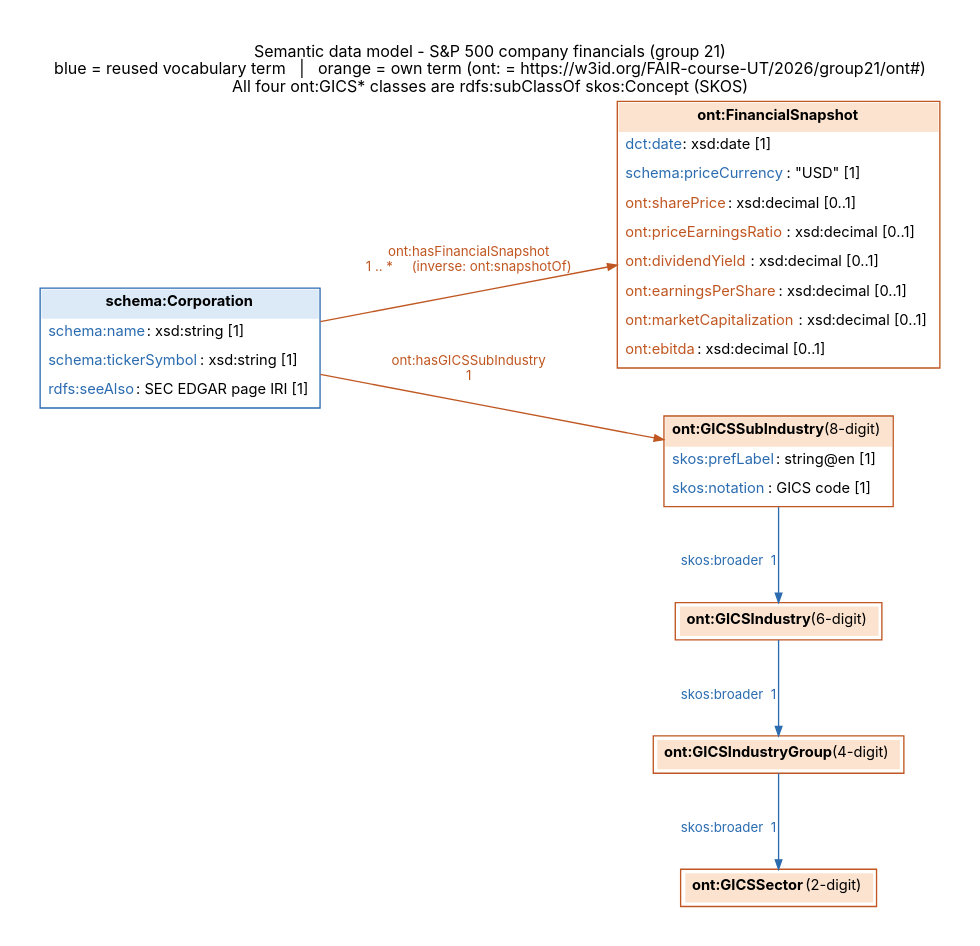
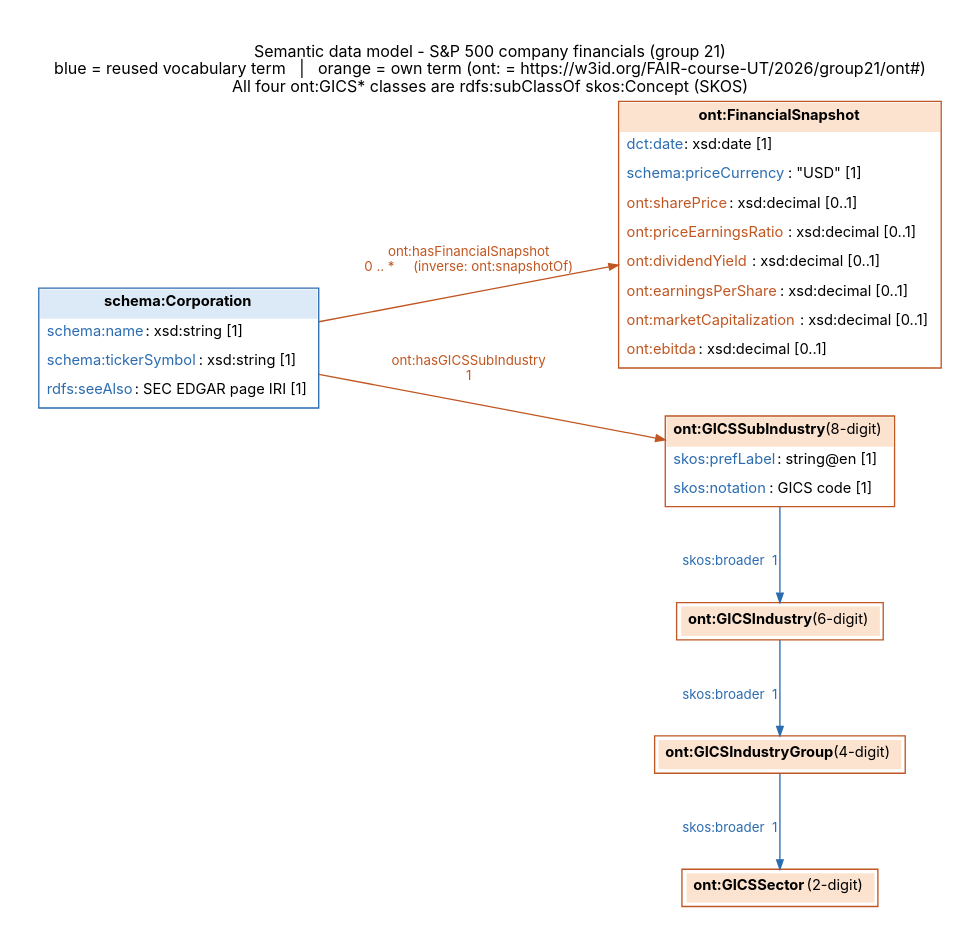
Before and after one commit to priyanshbansal1711/fair-sp500-group21: the diagram in docs/data-model.dot, drawn with Graphviz. The commit also changed 7 other files, not shown here.

Commit message:
Fix SHACL shape references, update data model diagram and FAIRness assessment

```diff
--- a/docs/data-model.dot
+++ b/docs/data-model.dot
@@ -1,44 +1,44 @@
 digraph G {
   graph [rankdir=LR, fontname="Inter", fontsize=12, pad=0.3, nodesep=0.5, ranksep=0.9, bgcolor="white",
          label="Semantic data model - S&P 500 company financials (group 21)\nblue = reused vocabulary term   |   orange = own term (ont: = https://w3id.org/FAIR-course-UT/2026/group21/ont#)\nAll four ont:GICS* classes are rdfs:subClassOf skos:Concept (SKOS)", labelloc=t, labeljust=l];
   node  [shape=plain, fontname="Inter", fontsize=11];
   edge  [fontname="Inter", fontsize=10, color="#555555", arrowsize=0.7];
 
   corp [label=<
    <TABLE BORDER="1" CELLBORDER="0" CELLSPACING="0" CELLPADDING="5" COLOR="#2B6CB0">
     <TR><TD BGCOLOR="#DCEAF8" ALIGN="CENTER"><B>schema:Corporation</B></TD></TR>
     <TR><TD ALIGN="LEFT"><FONT COLOR="#2B6CB0">schema:name</FONT> : xsd:string [1]</TD></TR>
     <TR><TD ALIGN="LEFT"><FONT COLOR="#2B6CB0">schema:tickerSymbol</FONT> : xsd:string [1]</TD></TR>
     <TR><TD ALIGN="LEFT"><FONT COLOR="#2B6CB0">rdfs:seeAlso</FONT> : SEC EDGAR page IRI [1]</TD></TR>
    </TABLE>>];
 
   snap [label=<
    <TABLE BORDER="1" CELLBORDER="0" CELLSPACING="0" CELLPADDING="5" COLOR="#C05621">
     <TR><TD BGCOLOR="#FBE3CF" ALIGN="CENTER"><B>ont:FinancialSnapshot</B></TD></TR>
     <TR><TD ALIGN="LEFT"><FONT COLOR="#2B6CB0">dct:date</FONT> : xsd:date [1]</TD></TR>
     <TR><TD ALIGN="LEFT"><FONT COLOR="#2B6CB0">schema:priceCurrency</FONT> : "USD" [1]</TD></TR>
     <TR><TD ALIGN="LEFT"><FONT COLOR="#C05621">ont:sharePrice</FONT> : xsd:decimal [0..1]</TD></TR>
     <TR><TD ALIGN="LEFT"><FONT COLOR="#C05621">ont:priceEarningsRatio</FONT> : xsd:decimal [0..1]</TD></TR>
     <TR><TD ALIGN="LEFT"><FONT COLOR="#C05621">ont:dividendYield</FONT> : xsd:decimal [0..1]</TD></TR>
     <TR><TD ALIGN="LEFT"><FONT COLOR="#C05621">ont:earningsPerShare</FONT> : xsd:decimal [0..1]</TD></TR>
     <TR><TD ALIGN="LEFT"><FONT COLOR="#C05621">ont:marketCapitalization</FONT> : xsd:decimal [0..1]</TD></TR>
     <TR><TD ALIGN="LEFT"><FONT COLOR="#C05621">ont:ebitda</FONT> : xsd:decimal [0..1]</TD></TR>
    </TABLE>>];
 
   sub [label=<
    <TABLE BORDER="1" CELLBORDER="0" CELLSPACING="0" CELLPADDING="5" COLOR="#C05621">
     <TR><TD BGCOLOR="#FBE3CF" ALIGN="CENTER"><B>ont:GICSSubIndustry</B> (8-digit)</TD></TR>
     <TR><TD ALIGN="LEFT"><FONT COLOR="#2B6CB0">skos:prefLabel</FONT> : string@en [1]</TD></TR>
     <TR><TD ALIGN="LEFT"><FONT COLOR="#2B6CB0">skos:notation</FONT> : GICS code [1]</TD></TR>
    </TABLE>>];
   ind  [label=<<TABLE BORDER="1" CELLBORDER="0" CELLPADDING="5" COLOR="#C05621"><TR><TD BGCOLOR="#FBE3CF"><B>ont:GICSIndustry</B> (6-digit)</TD></TR></TABLE>>];
   grp  [label=<<TABLE BORDER="1" CELLBORDER="0" CELLPADDING="5" COLOR="#C05621"><TR><TD BGCOLOR="#FBE3CF"><B>ont:GICSIndustryGroup</B> (4-digit)</TD></TR></TABLE>>];
   sec  [label=<<TABLE BORDER="1" CELLBORDER="0" CELLPADDING="5" COLOR="#C05621"><TR><TD BGCOLOR="#FBE3CF"><B>ont:GICSSector</B> (2-digit)</TD></TR></TABLE>>];
 
-  corp -> snap [label="ont:hasFinancialSnapshot\n1 .. *     (inverse: ont:snapshotOf)", color="#C05621", fontcolor="#C05621"];
+  corp -> snap [label="ont:hasFinancialSnapshot\n0 .. *     (inverse: ont:snapshotOf)", color="#C05621", fontcolor="#C05621"];
   corp -> sub  [label="ont:hasGICSSubIndustry\n1", color="#C05621", fontcolor="#C05621"];
   {rank=same; sub; ind; grp; sec;}
   sub -> ind   [xlabel="  skos:broader  1", color="#2B6CB0", fontcolor="#2B6CB0"];
   ind -> grp   [xlabel="  skos:broader  1", color="#2B6CB0", fontcolor="#2B6CB0"];
   grp -> sec   [xlabel="  skos:broader  1", color="#2B6CB0", fontcolor="#2B6CB0"];
 }
```
